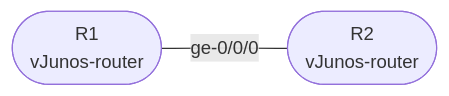
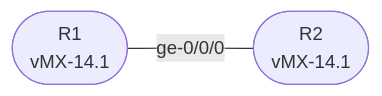
Before and after one commit to DaveGirgis/NetworkSwitchLab-JUNOS: the diagram in docs/session1/index.md, drawn with Mermaid. The commit also changed other lines of this file and 2 other files, not shown here.

First line of the commit message:
Replace all vJunos-router references with vMX 14.1 in Session 1

````diff
--- a/docs/session1/index.md
+++ b/docs/session1/index.md
@@ -22,4 +22,4 @@
 ```mermaid
 graph LR
-  R1([R1<br/>vJunos-router]) ---|ge-0/0/0| R2([R2<br/>vJunos-router])
+  R1([R1<br/>vMX-14.1]) ---|ge-0/0/0| R2([R2<br/>vMX-14.1])
 ```
````
